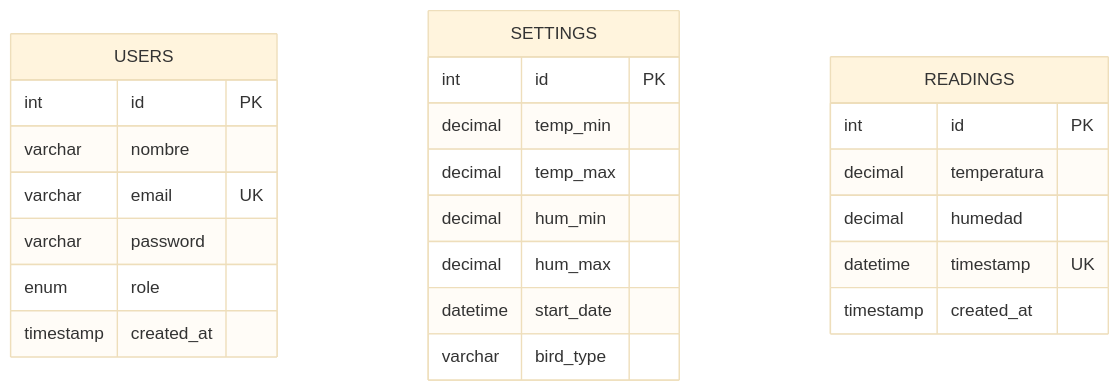
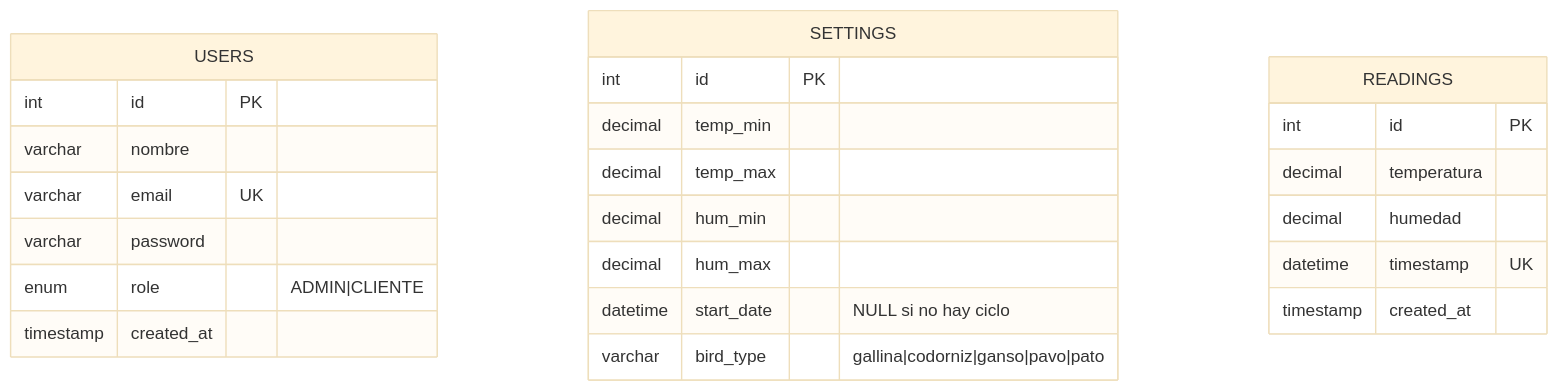
Before and after one commit to nazarenonicole15-netizen/ENCUBADORA-DE-HUEVO-ARDUINO: the third of 3 diagrams in docs/ARQUITECTURA.md, drawn with Mermaid (base theme). The commit also changed other lines of this file and 5 other files, not shown here.

````diff
--- a/docs/ARQUITECTURA.md
+++ b/docs/ARQUITECTURA.md
@@ -39,27 +84,27 @@
 ```mermaid
 erDiagram
   USERS {
     int id PK
     varchar nombre
     varchar email UK
     varchar password
-    enum role
+    enum role "ADMIN|CLIENTE"
     timestamp created_at
   }
   SETTINGS {
     int id PK
     decimal temp_min
     decimal temp_max
     decimal hum_min
     decimal hum_max
-    datetime start_date
-    varchar bird_type
+    datetime start_date "NULL si no hay ciclo"
+    varchar bird_type "gallina|codorniz|ganso|pavo|pato"
   }
   READINGS {
     int id PK
     decimal temperatura
     decimal humedad
     datetime timestamp UK
     timestamp created_at
   }
 ```
````
